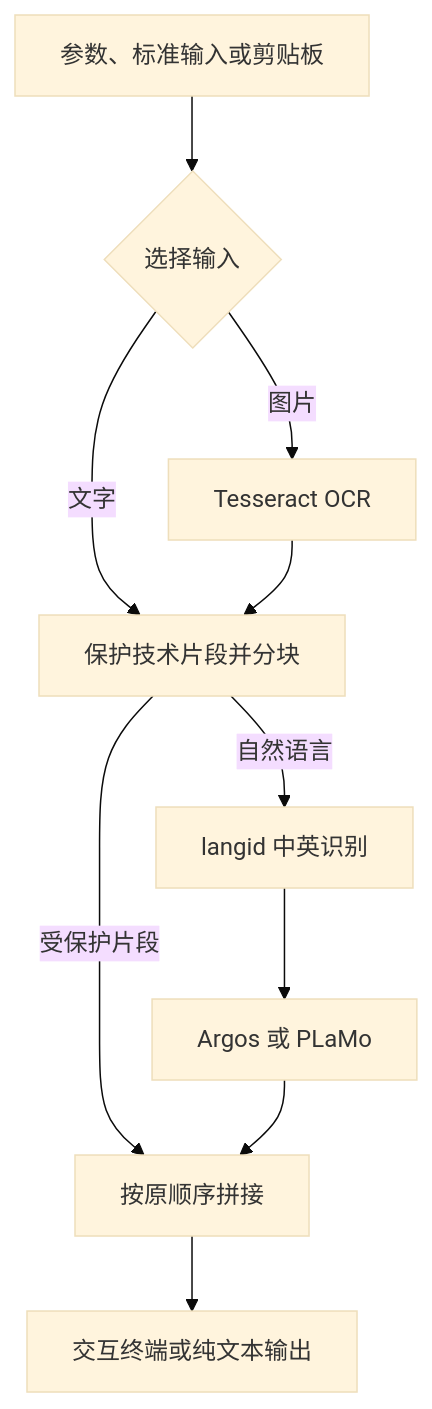
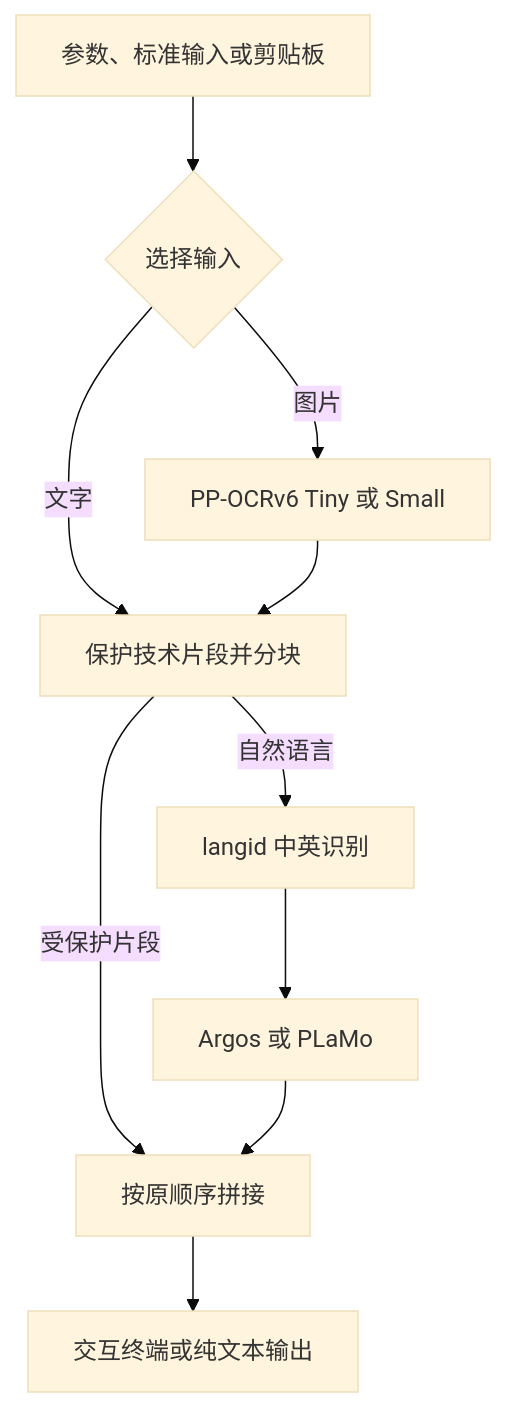
Before and after one commit to 5ooo/translator: the diagram in docs/ARCHITECTURE.md, drawn with Mermaid (base theme). The commit also changed other lines of this file and 35 other files, not shown here.

````diff
--- a/docs/ARCHITECTURE.md
+++ b/docs/ARCHITECTURE.md
@@ -5,12 +5,12 @@
 ```mermaid
 flowchart TD
     A[参数、标准输入或剪贴板] --> B{选择输入}
-    B -->|图片| C[Tesseract OCR]
+    B -->|图片| C[PP-OCRv6 Tiny 或 Small]
     B -->|文字| D[保护技术片段并分块]
     C --> D
     D -->|自然语言| E[langid 中英识别]
     D -->|受保护片段| G[按原顺序拼接]
     E --> F[Argos 或 PLaMo]
     F --> G
     G --> H[交互终端或纯文本输出]
 ```
````
